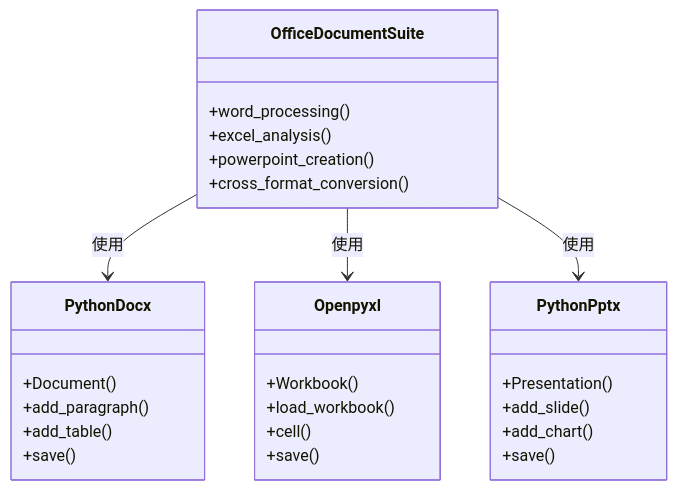
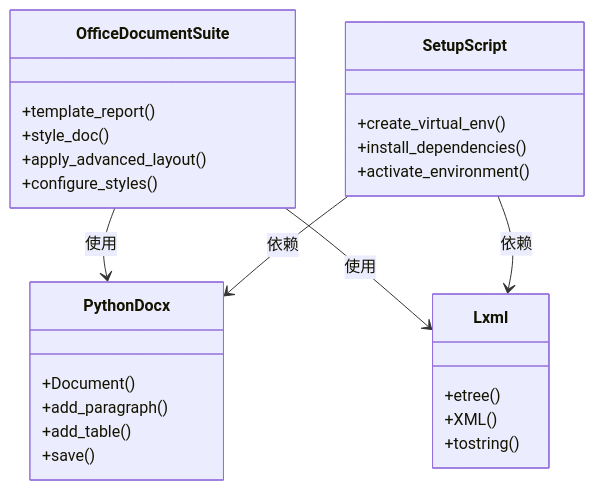
The fourth of 8 diagrams in .qoder/repowiki/zh/content/技能平台/内置技能/Office 文档专家套件.md (verse-ai-org/openclaw), drawn with Mermaid before and after one commit. The commit also changed other lines of this file and 11 other files, not shown here.

````diff
--- a/.qoder/repowiki/zh/content/技能平台/内置技能/Office 文档专家套件.md
+++ b/.qoder/repowiki/zh/content/技能平台/内置技能/Office 文档专家套件.md
@@ -167,30 +209,29 @@
 ```mermaid
 classDiagram
 class OfficeDocumentSuite {
-+word_processing()
-+excel_analysis()
-+powerpoint_creation()
-+cross_format_conversion()
++template_report()
++style_doc()
++apply_advanced_layout()
++configure_styles()
 }
 class PythonDocx {
 +Document()
 +add_paragraph()
 +add_table()
 +save()
 }
-class Openpyxl {
-+Workbook()
-+load_workbook()
-+cell()
-+save()
+class Lxml {
++etree()
++XML()
++tostring()
 }
-class PythonPptx {
-+Presentation()
-+add_slide()
-+add_chart()
-+save()
+class SetupScript {
++create_virtual_env()
++install_dependencies()
++activate_environment()
 }
 OfficeDocumentSuite --> PythonDocx : 使用
-OfficeDocumentSuite --> Openpyxl : 使用
-OfficeDocumentSuite --> PythonPptx : 使用
+OfficeDocumentSuite --> Lxml : 使用
+SetupScript --> PythonDocx : 依赖
+SetupScript --> Lxml : 依赖
 ```
````
